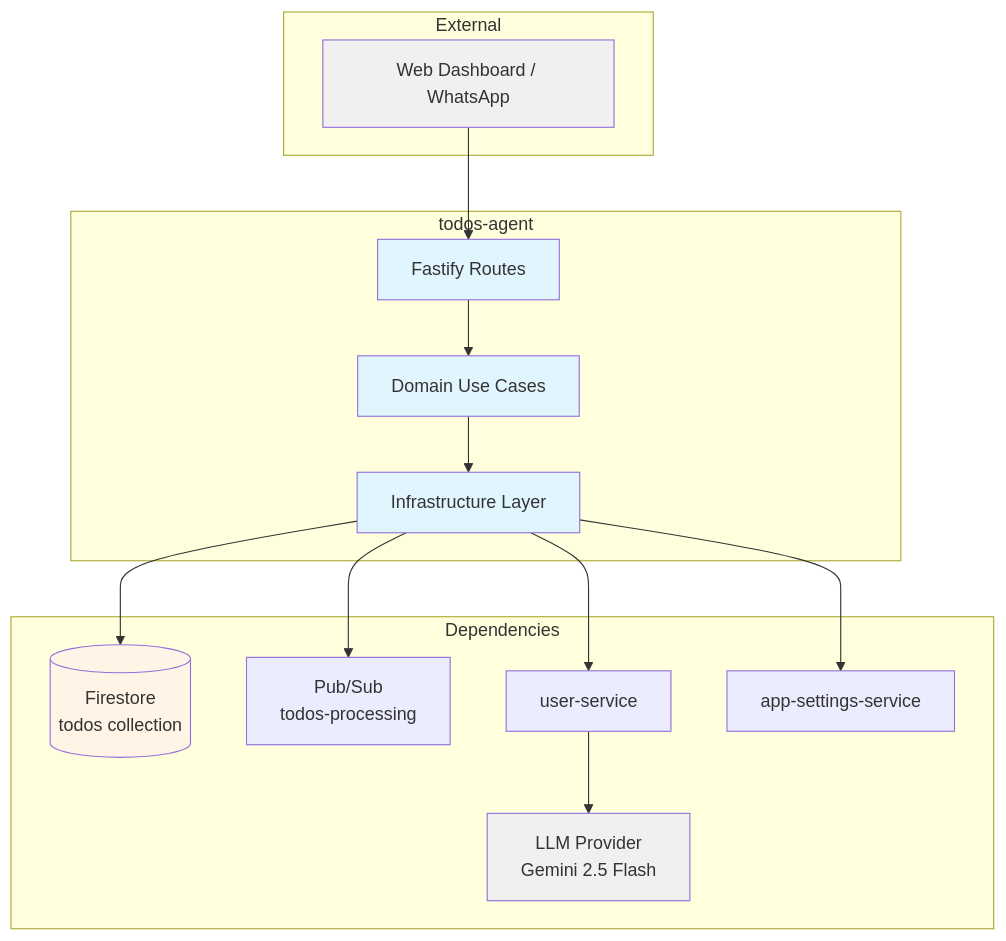
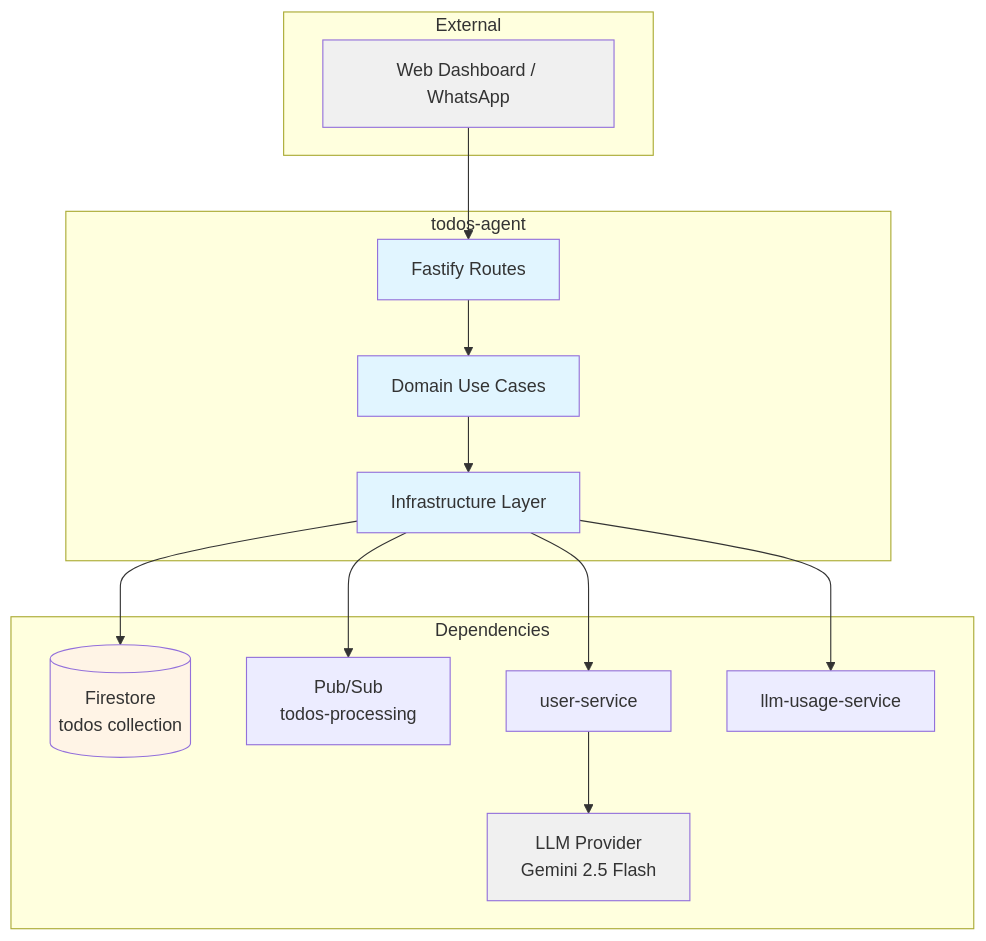
Before and after one commit to pbuchman/intexuraos: the first of 3 diagrams in docs/services/todos-agent/technical.md, drawn with Mermaid. The commit also changed other lines of this file and 132 other files, not shown here.

````diff
--- a/docs/services/todos-agent/technical.md
+++ b/docs/services/todos-agent/technical.md
@@ -9,37 +9,37 @@
 ```mermaid
 graph TB
     subgraph "External"
         Client[Web Dashboard / WhatsApp]
     end
 
     subgraph "todos-agent"
         API[Fastify Routes]
         Domain[Domain Use Cases]
         Infra[Infrastructure Layer]
     end
 
     subgraph "Dependencies"
         Firestore[(Firestore<br/>todos collection)]
         PubSub[Pub/Sub<br/>todos-processing]
         UserService[user-service]
-        AppSettings[app-settings-service]
+        UsageService[llm-usage-service]
         LLM[LLM Provider<br/>Gemini 2.5 Flash]
     end
 
     Client --> API
     API --> Domain
     Domain --> Infra
     Infra --> Firestore
     Infra --> PubSub
     Infra --> UserService
-    Infra --> AppSettings
+    Infra --> UsageService
     UserService --> LLM
 
     classDef service fill:#e1f5ff
     classDef storage fill:#fff4e6
     classDef external fill:#f0f0f0
 
     class API,Domain,Infra service
     class Firestore storage
     class Client,LLM external
 ```
````
